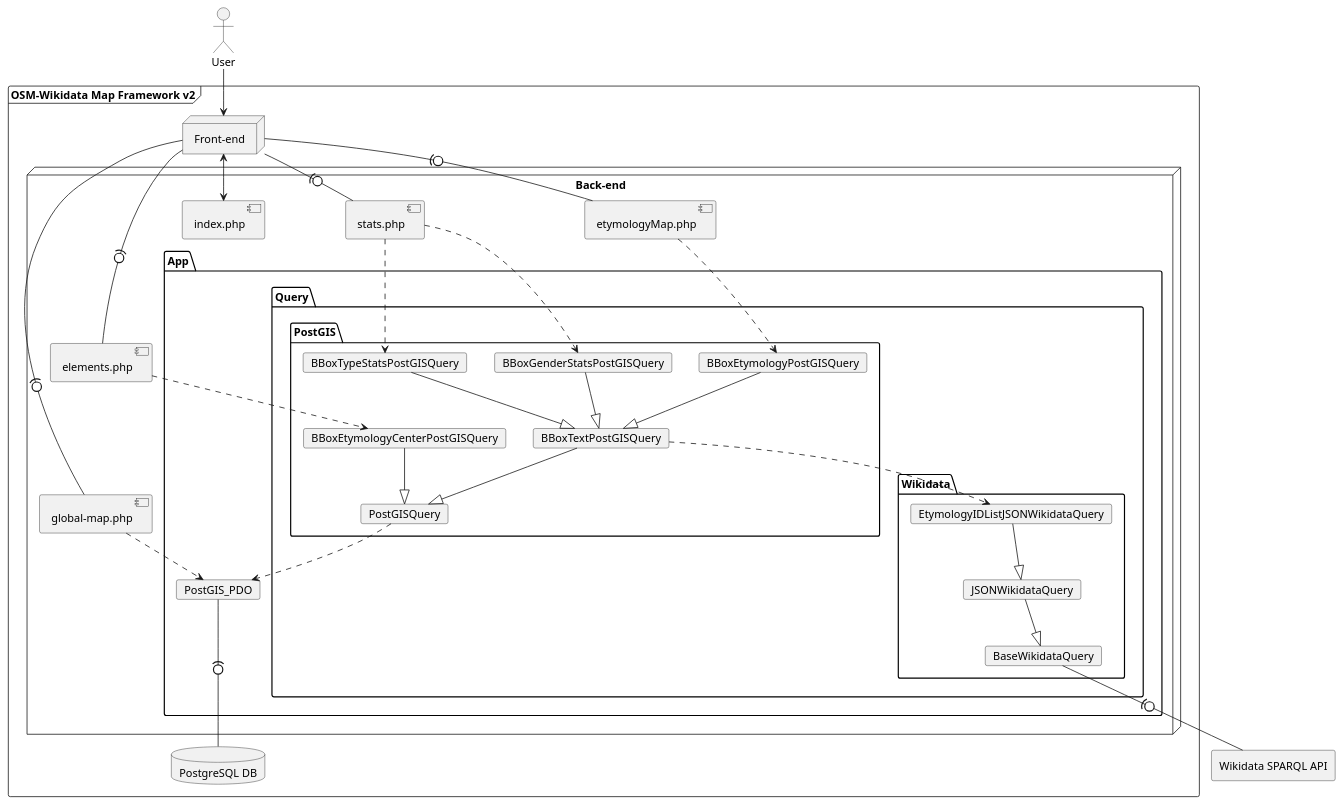
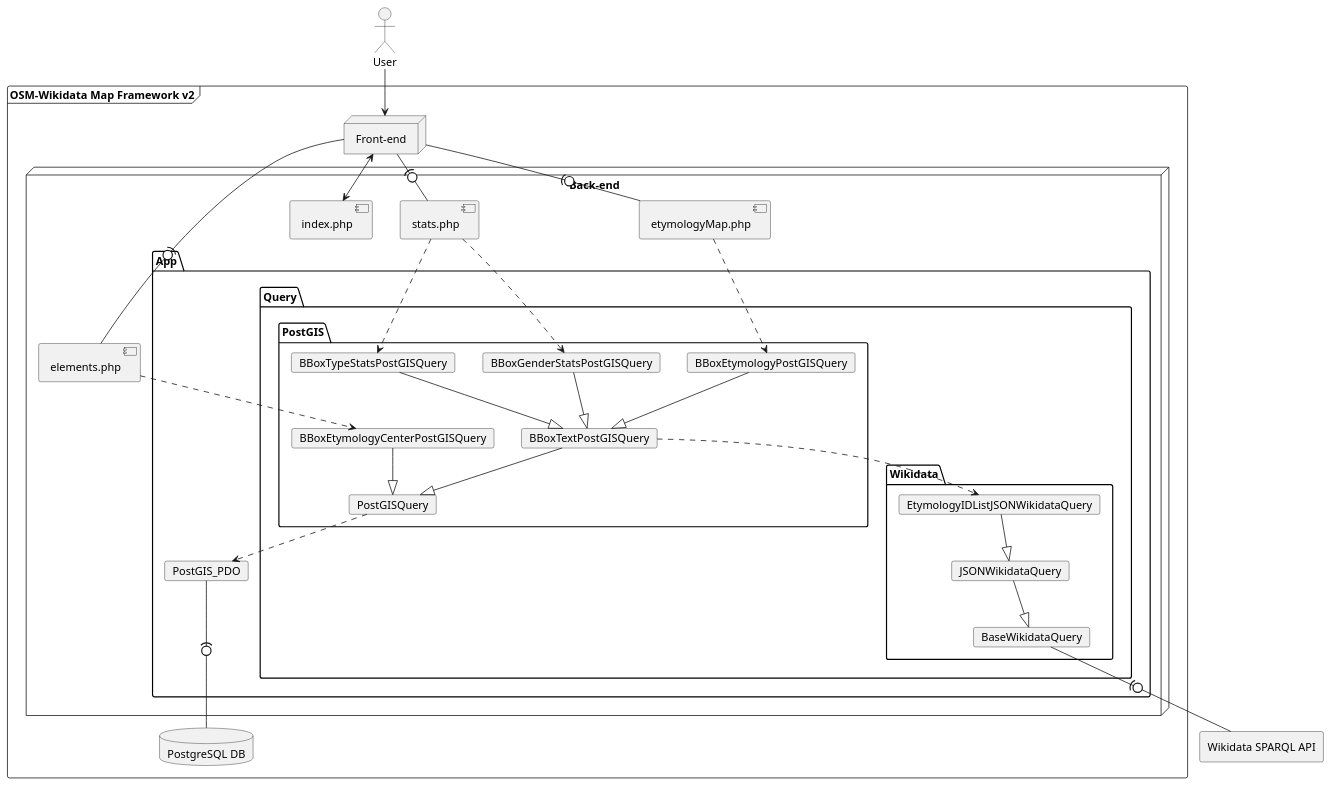
One commit to Danysan1/osm-wikidata-map-framework changed the diagram in images/architecture/v2.plantuml. Above: the diagram before and after it, drawn with PlantUML. The commit also changed 16 other files, not shown here.

Commit message:
Remove global map

```diff
--- a/images/architecture/v2.plantuml
+++ b/images/architecture/v2.plantuml
@@ -1,66 +1,63 @@
 @startuml v2
 
 actor user as "User"
 frame owmf as "OSM-Wikidata Map Framework v2" {
     database db as "PostgreSQL DB"
     node fe as "Front-end"
     node be as "Back-end" {
-        component globalMap as "global-map.php"
         component elements as "elements.php"
         component etymologyMap as "etymologyMap.php"
         component stats as "stats.php"
         component index as "index.php"
         package App {
             card PostGIS_PDO
             package Query {
                 package PostGIS {
                     card BBoxEtymologyPostGISQuery
                     card BBoxGenderStatsPostGISQuery
                     card BBoxTypeStatsPostGISQuery
                     card BBoxEtymologyCenterPostGISQuery
                     card BBoxTextPostGISQuery
                     card PostGISQuery
                 }
                 package Wikidata {
                     card EtymologyIDListJSONWikidataQuery
                     card JSONWikidataQuery
                     card BaseWikidataQuery
                 }
             }
         }
     }
 }
 agent wikidata as "Wikidata SPARQL API"
 
 index <--> fe
 
 user --> fe
 
-fe -(0- globalMap
 fe -(0- etymologyMap
 fe -(0- elements
 fe -(0- stats
 
 
 etymologyMap ..> BBoxEtymologyPostGISQuery
 stats ..> BBoxGenderStatsPostGISQuery
 stats ..> BBoxTypeStatsPostGISQuery
 elements ..> BBoxEtymologyCenterPostGISQuery
 
 BBoxTextPostGISQuery --|> PostGISQuery
 BBoxEtymologyPostGISQuery --|> BBoxTextPostGISQuery
 BBoxGenderStatsPostGISQuery --|> BBoxTextPostGISQuery
 BBoxTypeStatsPostGISQuery --|> BBoxTextPostGISQuery
 BBoxEtymologyCenterPostGISQuery --|> PostGISQuery
 
 EtymologyIDListJSONWikidataQuery --|> JSONWikidataQuery
 JSONWikidataQuery --|> BaseWikidataQuery
 
-globalMap ..> PostGIS_PDO
 PostGISQuery ..> PostGIS_PDO
 PostGIS_PDO --(0- db
 BBoxTextPostGISQuery ..> EtymologyIDListJSONWikidataQuery
 
 BaseWikidataQuery -(0- wikidata
 
 @enduml
```
